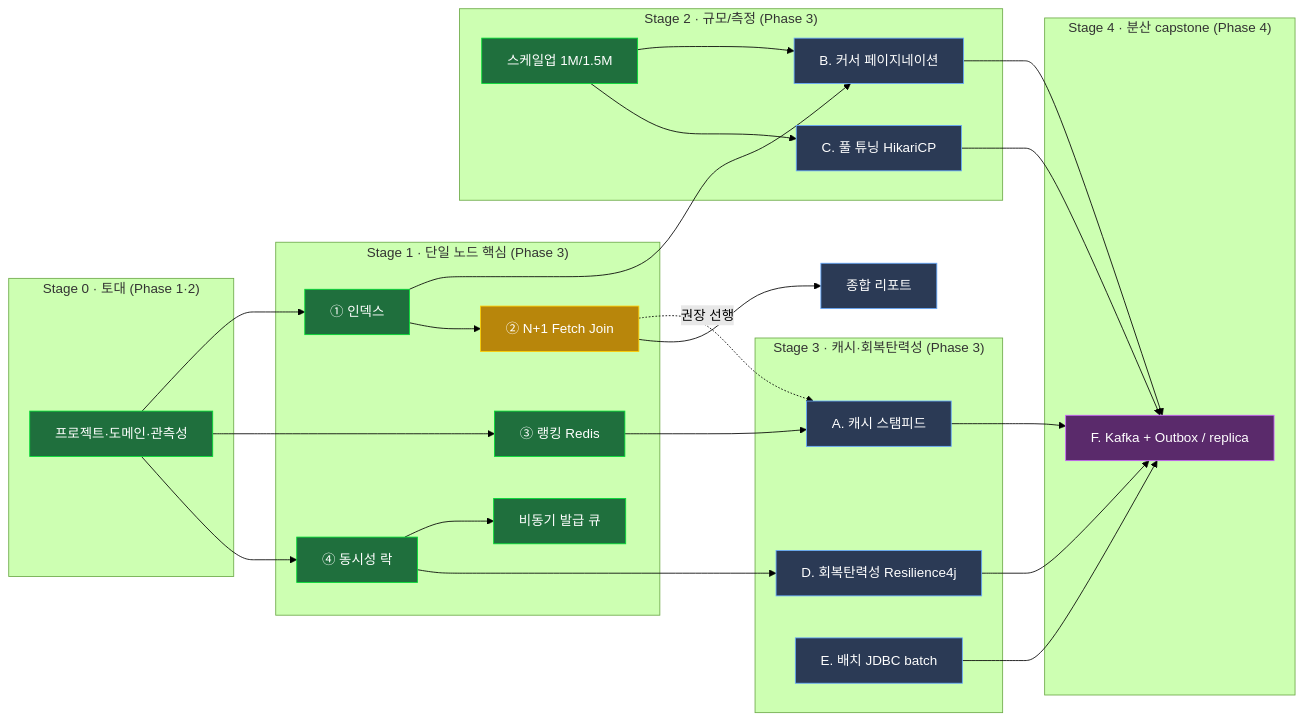
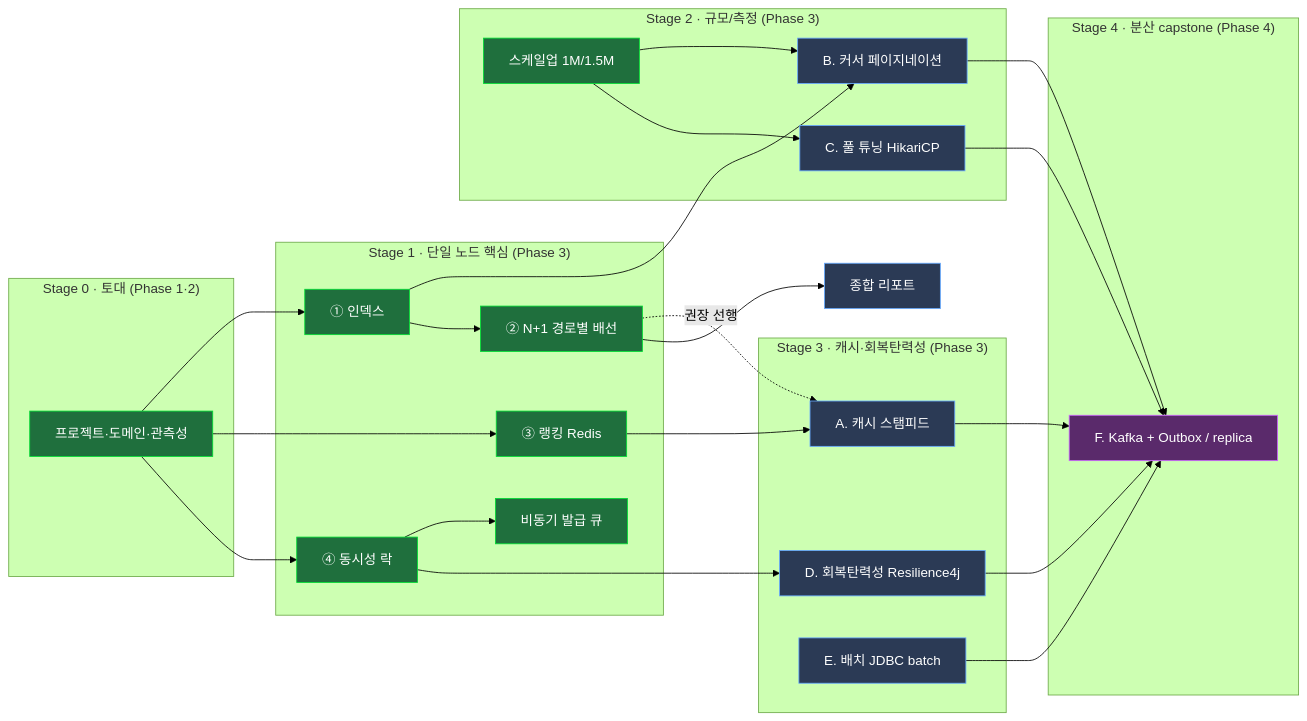
Before and after one commit to data-sy/high-traffic-performance-tuning: the diagram in ROADMAP.md, drawn with Mermaid (forest theme). The commit also changed other lines of this file and 2 other files, not shown here.

First line of the commit message:
docs(meta): Phase 3-7 N+1 완료 반영 — ROADMAP·README·CLAUDE done 처리

````diff
--- a/ROADMAP.md
+++ b/ROADMAP.md
@@ -13,47 +13,47 @@
 ```mermaid
 flowchart LR
     classDef done fill:#1f6f3d,stroke:#0d3,color:#fff;
     classDef next fill:#b8860b,stroke:#fc0,color:#fff;
     classDef todo fill:#2b3a55,stroke:#6af,color:#fff;
     classDef cap fill:#5a2a6b,stroke:#c6f,color:#fff;
 
     subgraph S0["Stage 0 · 토대 (Phase 1·2)"]
         F0["프로젝트·도메인·관측성"]:::done
     end
 
     subgraph S1["Stage 1 · 단일 노드 핵심 (Phase 3)"]
         I["① 인덱스"]:::done
         R["③ 랭킹 Redis"]:::done
         C4["④ 동시성 락"]:::done
         AS["비동기 발급 큐"]:::done
-        N["② N+1 Fetch Join"]:::next
+        N["② N+1 경로별 배선"]:::done
     end
 
     subgraph S2["Stage 2 · 규모/측정 (Phase 3)"]
         SU["스케일업 1M/1.5M"]:::done
         B["B. 커서 페이지네이션"]:::todo
         C["C. 풀 튜닝 HikariCP"]:::todo
     end
 
     subgraph S3["Stage 3 · 캐시·회복탄력성 (Phase 3)"]
         A["A. 캐시 스탬피드"]:::todo
         D["D. 회복탄력성 Resilience4j"]:::todo
         E["E. 배치 JDBC batch"]:::todo
     end
 
     subgraph S4["Stage 4 · 분산 capstone (Phase 4)"]
         FF["F. Kafka + Outbox / replica"]:::cap
     end
 
     DOC["종합 리포트"]:::todo
 
     F0 --> I & R & C4
     I --> B
     I --> N
     R --> A
     C4 --> AS & D
     SU --> B & C
     N -.권장 선행.-> A
     N --> DOC
     A & B & C & D & E --> FF
 ```
````
